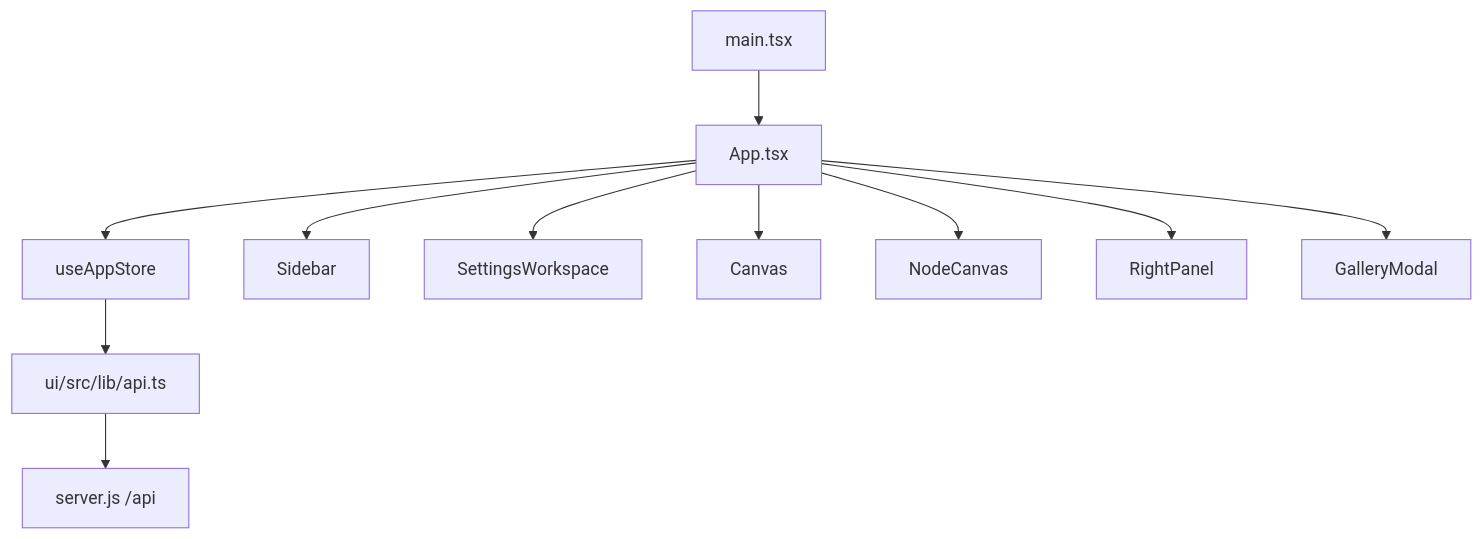
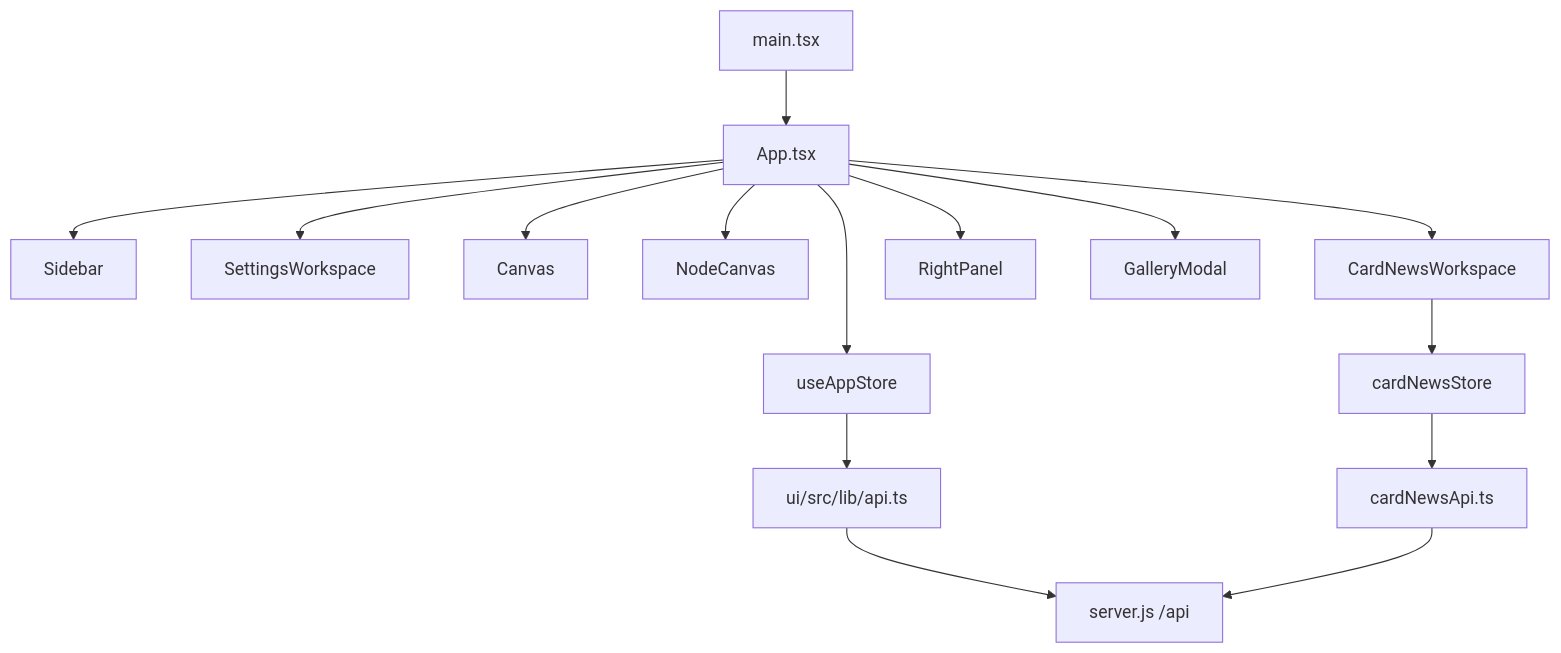
Before and after one commit to ChatPoongKun/ima2-gen: the diagram in structure/04-frontend-architecture.md, drawn with Mermaid. The commit also changed other lines of this file and 53 other files, not shown here.

Commit message:
feat(card-news): add dev MVP workspace

````diff
--- a/structure/04-frontend-architecture.md
+++ b/structure/04-frontend-architecture.md
@@ -19,13 +19,17 @@
 ```mermaid
 graph TD
     MAIN["main.tsx"] --> APP["App.tsx"]
     APP --> STORE["useAppStore"]
     APP --> SIDEBAR["Sidebar"]
     APP --> SETTINGS["SettingsWorkspace"]
     APP --> CLASSIC["Canvas"]
     APP --> NODE["NodeCanvas"]
+    APP --> CARD["CardNewsWorkspace"]
     APP --> RIGHT["RightPanel"]
     APP --> MODAL["GalleryModal"]
     STORE --> API["ui/src/lib/api.ts"]
+    CARD --> CARDSTORE["cardNewsStore"]
+    CARDSTORE --> CARDAPI["cardNewsApi.ts"]
     API --> SERVER["server.js /api"]
+    CARDAPI --> SERVER
 ```
````
